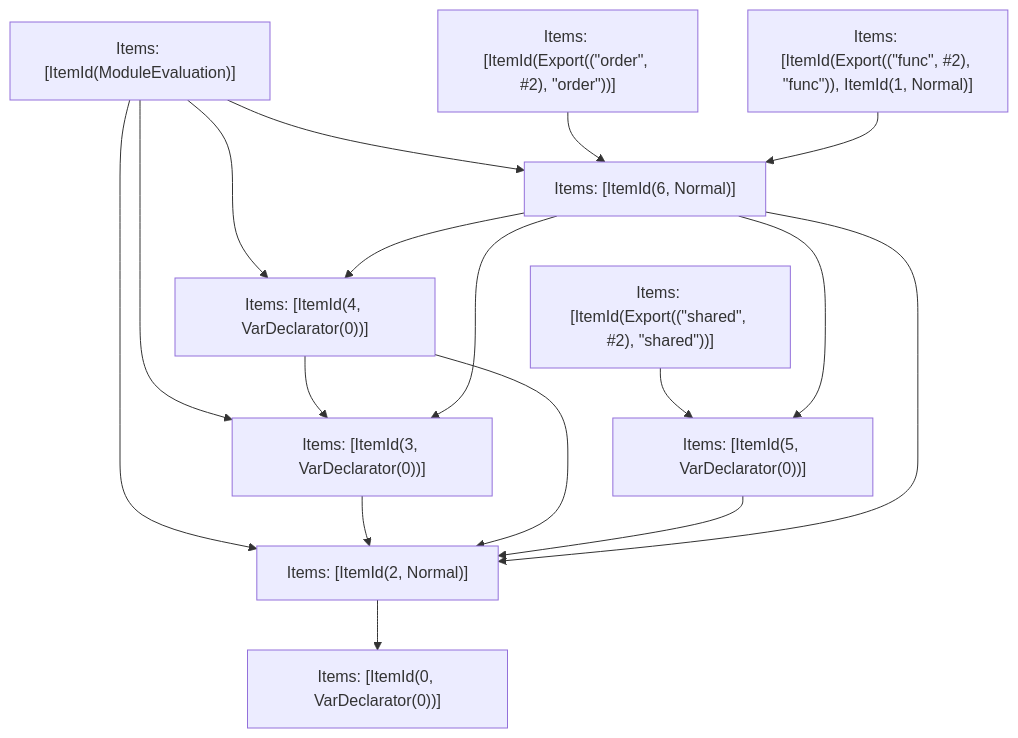
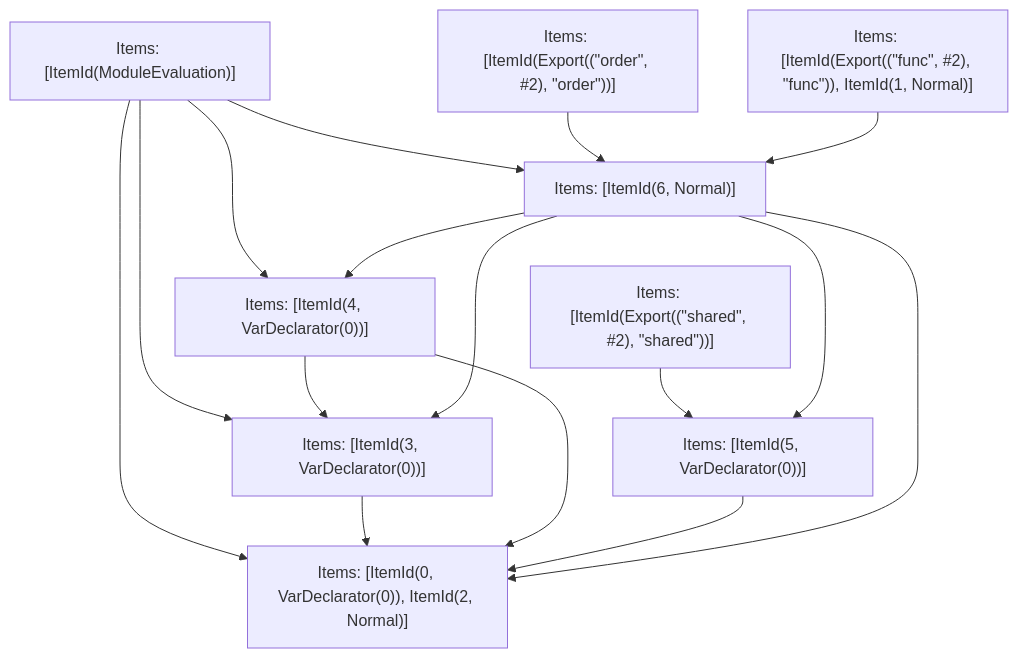
Before and after one commit to vercel/turborepo: the fifth of 5 diagrams in crates/turbopack-ecmascript/tests/tree-shaker/analyzer/write-order/output.md, drawn with Mermaid. The commit also changed other lines of this file and 38 other files, not shown here.

````diff
--- a/crates/turbopack-ecmascript/tests/tree-shaker/analyzer/write-order/output.md
+++ b/crates/turbopack-ecmascript/tests/tree-shaker/analyzer/write-order/output.md
@@ -200,29 +200,27 @@
 ```mermaid
 graph TD
     N0["Items: [ItemId(ModuleEvaluation)]"];
     N1["Items: [ItemId(Export((&quot;order&quot;, #2), &quot;order&quot;))]"];
     N2["Items: [ItemId(Export((&quot;func&quot;, #2), &quot;func&quot;)), ItemId(1, Normal)]"];
     N3["Items: [ItemId(Export((&quot;shared&quot;, #2), &quot;shared&quot;))]"];
-    N4["Items: [ItemId(0, VarDeclarator(0))]"];
-    N5["Items: [ItemId(2, Normal)]"];
-    N6["Items: [ItemId(3, VarDeclarator(0))]"];
-    N7["Items: [ItemId(4, VarDeclarator(0))]"];
-    N8["Items: [ItemId(5, VarDeclarator(0))]"];
-    N9["Items: [ItemId(6, Normal)]"];
+    N4["Items: [ItemId(0, VarDeclarator(0)), ItemId(2, Normal)]"];
+    N5["Items: [ItemId(3, VarDeclarator(0))]"];
+    N6["Items: [ItemId(4, VarDeclarator(0))]"];
+    N7["Items: [ItemId(5, VarDeclarator(0))]"];
+    N8["Items: [ItemId(6, Normal)]"];
+    N0 --> N4;
     N0 --> N5;
     N0 --> N6;
-    N0 --> N7;
-    N0 --> N9;
-    N1 --> N9;
-    N2 --> N9;
-    N3 --> N8;
+    N0 --> N8;
+    N1 --> N8;
+    N2 --> N8;
+    N3 --> N7;
     N5 --> N4;
+    N6 --> N4;
     N6 --> N5;
-    N7 --> N5;
-    N7 --> N6;
+    N7 --> N4;
+    N8 --> N7;
+    N8 --> N4;
     N8 --> N5;
-    N9 --> N8;
-    N9 --> N5;
-    N9 --> N6;
-    N9 --> N7;
+    N8 --> N6;
 ```
````
